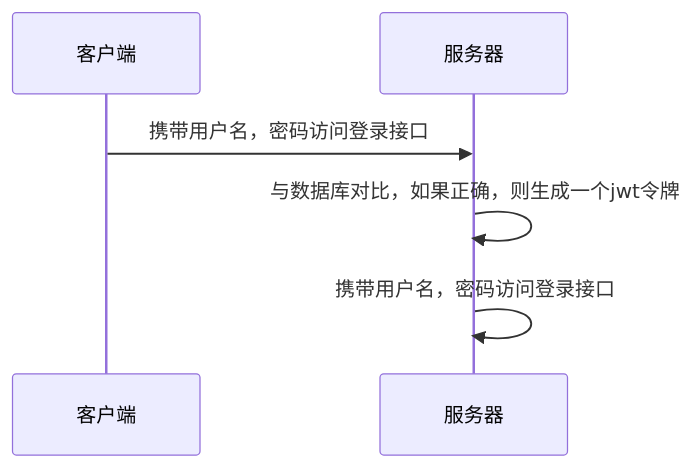
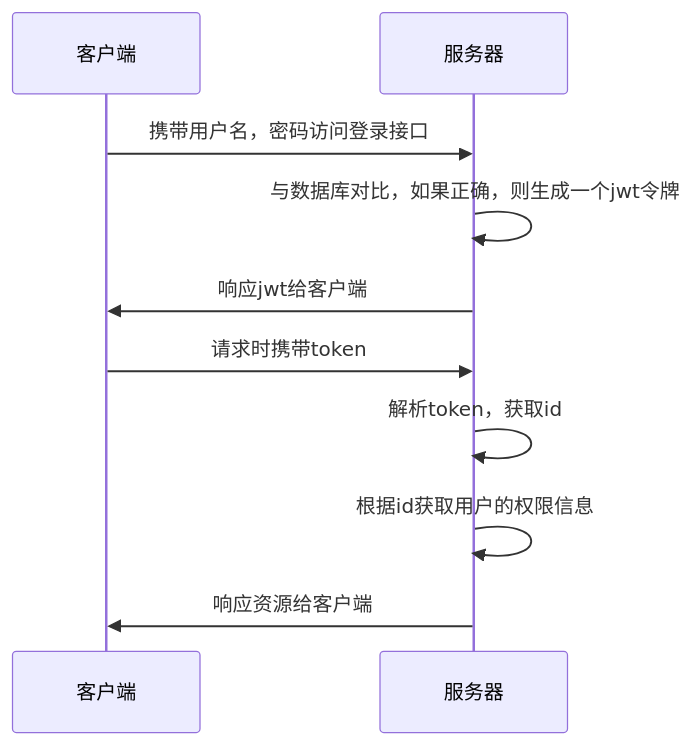
One commit to poppop9/obsidian changed the first of 2 diagrams in 计算机/JavaWeb/后端/Spring Security.md. Above: the diagram before and after it, drawn with Mermaid. The commit also changed other lines of this file and 5 other files, not shown here.

````diff
--- a/计算机/JavaWeb/后端/Spring Security.md
+++ b/计算机/JavaWeb/后端/Spring Security.md
@@ -10,9 +11,13 @@
 ```mermaid
 sequenceDiagram
     participant 客户端
     participant 服务器
 
 	客户端->>服务器: 携带用户名，密码访问登录接口
 	服务器->>服务器: 与数据库对比，如果正确，则生成一个jwt令牌
-	服务器->>服务器: 携带用户名，密码访问登录接口
+	服务器->>客户端: 响应jwt给客户端
+	客户端->>服务器: 请求时携带token
+	服务器->>服务器: 解析token，获取id
+	服务器->>服务器: 根据id获取用户的权限信息
+	服务器->>客户端: 响应资源给客户端
 ```
````
